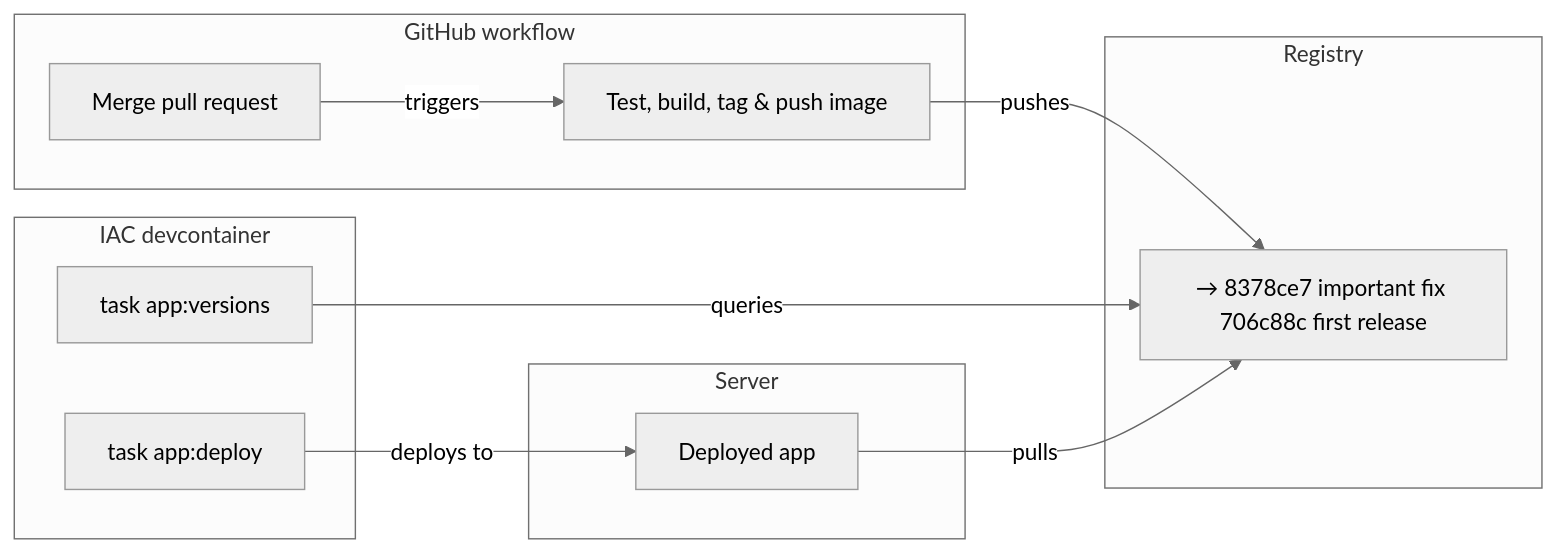
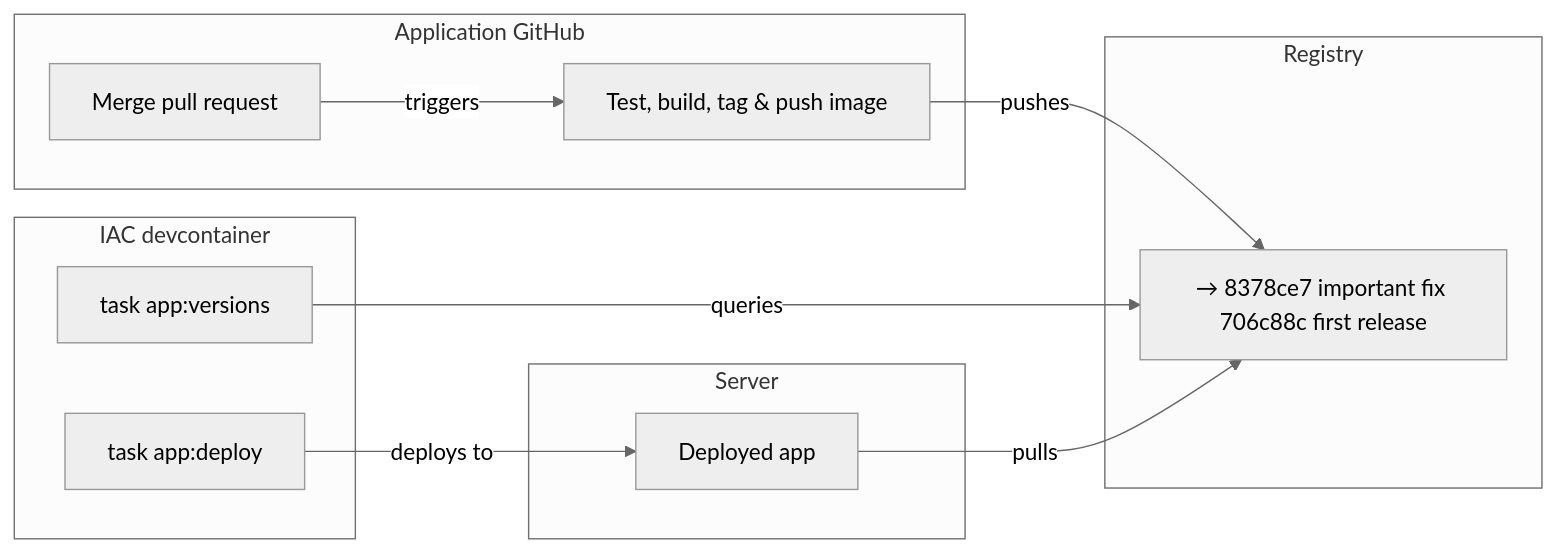
One commit to rednaw/iac changed the diagram in docs/application-deployment.md. Above: the diagram before and after it, drawn with Mermaid (neutral theme). The commit also changed other lines of this file and 15 other files, not shown here.

````diff
--- a/docs/application-deployment.md
+++ b/docs/application-deployment.md
@@ -12,26 +12,26 @@
 ```mermaid
 flowchart LR
     subgraph LOCAL["IAC devcontainer"]
         B["task app:versions"]
         C["task app:deploy"]
     end
 
-    subgraph GITHUB["GitHub workflow"]
+    subgraph GITHUB["Application GitHub"]
         A["Merge pull request"]
         D["Test, build, tag & push image"]
     end
 
     subgraph REGISTRY["Registry"]
       E["→ 8378ce7 important fix 706c88c first release"]
     end
 
     subgraph SERVER["Server"]
       F["Deployed app"]
     end
 
     A -->|triggers| D
     B -->|queries| E
     C -->|deploys to| F
     D -->|pushes| E
     F -->|pulls| E
 ```
````
